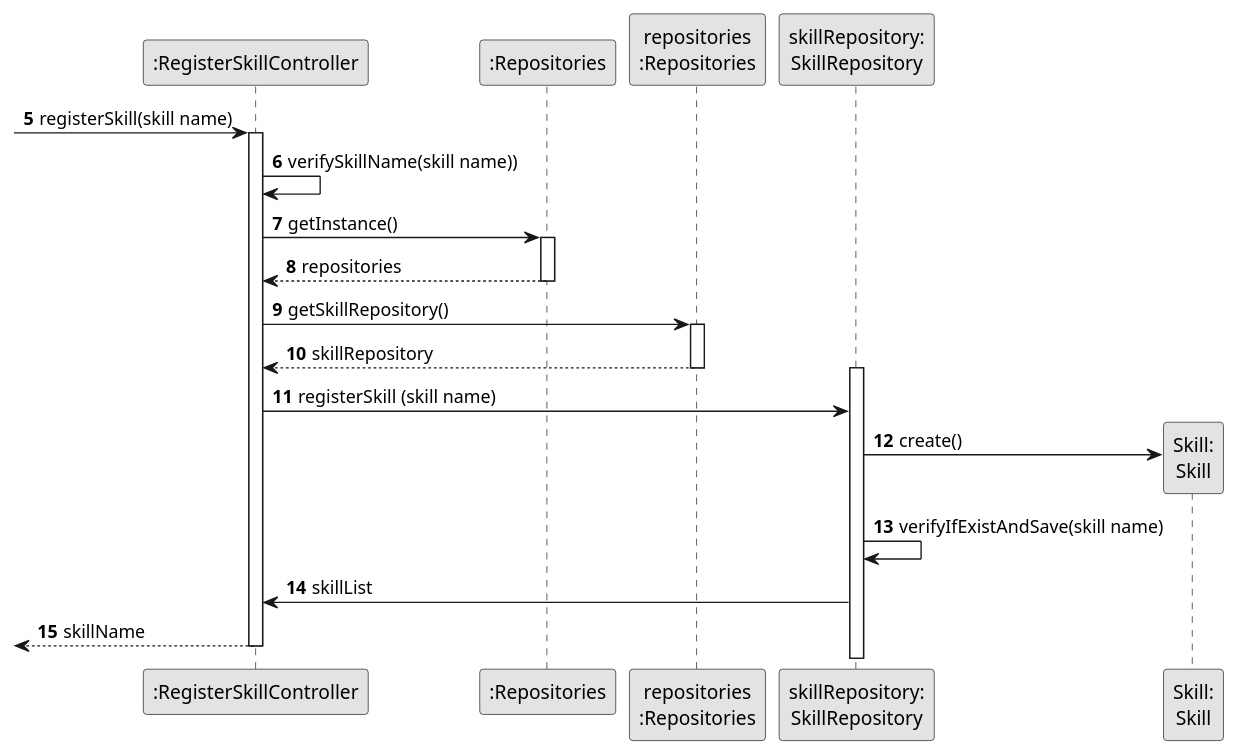
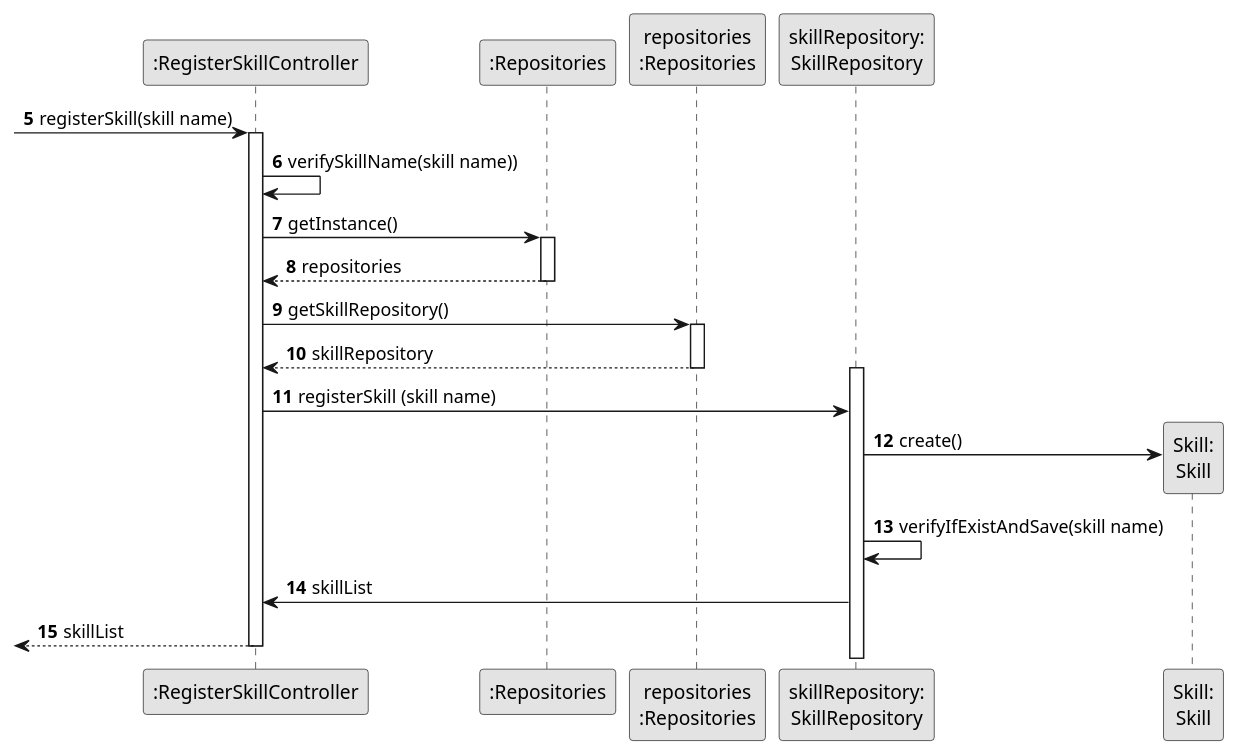
One commit to francisc-o-liveira/lei-24-s2-1dp-g163 changed the diagram in docs/sprintB/us001/03.design/puml/us001-sequence-diagram-partial-get-skill.puml. Above: the diagram before and after it, drawn with PlantUML. The commit also changed 3 other files, not shown here.

```diff
--- a/docs/sprintB/us001/03.design/puml/us001-sequence-diagram-partial-get-skill.puml
+++ b/docs/sprintB/us001/03.design/puml/us001-sequence-diagram-partial-get-skill.puml
@@ -1,65 +1,65 @@
 @startuml
 skinparam monochrome true
 skinparam packageStyle rectangle
 skinparam shadowing false
 
 autonumber
 
 'hide footbox
 
 
 participant ":RegisterSkillController" as CTRL
 participant ":Repositories" as RepositorySingleton
 participant "repositories\n:Repositories" as PLAT
 participant "skillRepository:\nSkillRepository" as skillRepository
 participant "Skill:\nSkill" as Skill
 
 autonumber 5
 -> CTRL : registerSkill(skill name)
 
 
 
 
 
             activate CTRL
             CTRL -> CTRL : verifySkillName(skill name))
 
 
                 CTRL -> RepositorySingleton : getInstance()
                 activate RepositorySingleton
 
                     RepositorySingleton --> CTRL: repositories
                 deactivate RepositorySingleton
 
                 CTRL -> PLAT : getSkillRepository()
                 activate PLAT
 
                     PLAT --> CTRL: skillRepository
                 deactivate PLAT
 
 
                 activate skillRepository
 
 
                     CTRL -> skillRepository : registerSkill (skill name)
 
                     skillRepository -> Skill** : create()
 
                     skillRepository -> skillRepository : verifyIfExistAndSave(skill name)
 
 
 
 
                 skillRepository -> CTRL : skillList
 
  autonumber 15
-    <-- CTRL : skillName
+    <-- CTRL : skillList
             deactivate CTRL
 
 
 
 
 
 
 
 @enduml
```
